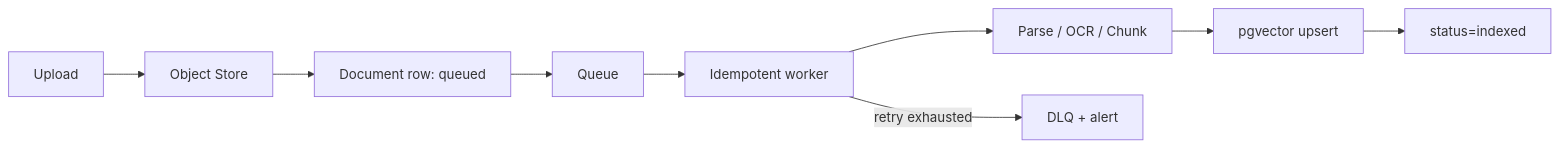
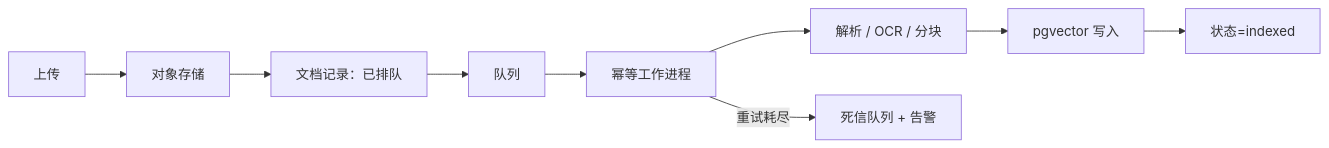
The diagram in docs/production-adapters.md (728792899-create/personal-multimodal-rag), drawn with Mermaid before and after one commit. The commit also changed other lines of this file and 156 other files, not shown here.

````diff
--- a/docs/production-adapters.md
+++ b/docs/production-adapters.md
@@ -42,11 +42,11 @@
 ```mermaid
 flowchart LR
-  U["Upload"] --> O["Object Store"]
-  O --> D["Document row: queued"]
-  D --> Q["Queue"]
-  Q --> W["Idempotent worker"]
-  W --> P["Parse / OCR / Chunk"]
-  P --> V["pgvector upsert"]
-  V --> S["status=indexed"]
-  W -->|"retry exhausted"| DLQ["DLQ + alert"]
+  U["上传"] --> O["对象存储"]
+  O --> D["文档记录：已排队"]
+  D --> Q["队列"]
+  Q --> W["幂等工作进程"]
+  W --> P["解析 / OCR / 分块"]
+  P --> V["pgvector 写入"]
+  V --> S["状态=indexed"]
+  W -->|"重试耗尽"| DLQ["死信队列 + 告警"]
 ```
````
